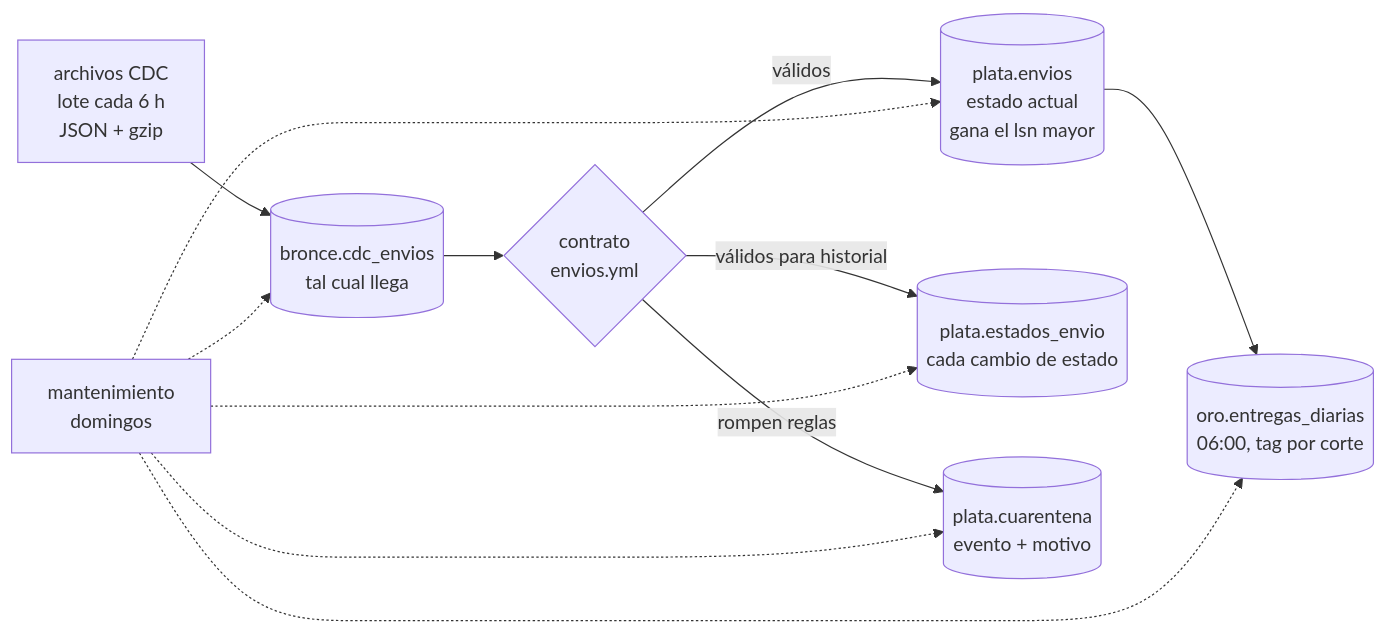
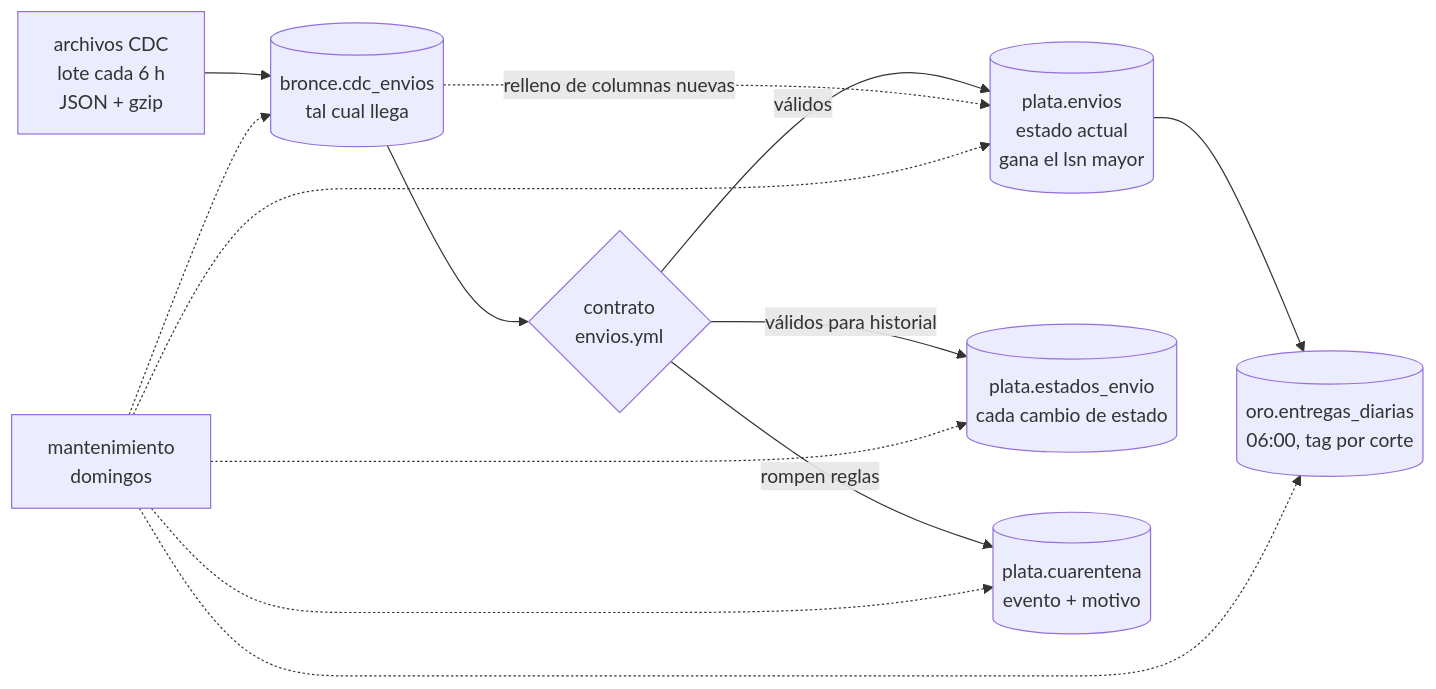
The second of 3 diagrams in proyectos/07-lakehouse-envios-iceberg/README.md (marcelo-sosa-data/data-ai-lab), drawn with Mermaid before and after one commit. The commit also changed other lines of this file and 49 other files, not shown here.

Commit message:
readmes: fuera las capturas, diagramas del proceso en mermaid y texto más directo

````diff
--- a/proyectos/07-lakehouse-envios-iceberg/README.md
+++ b/proyectos/07-lakehouse-envios-iceberg/README.md
@@ -22,10 +57,11 @@
 ```mermaid
 flowchart LR
     cdc[archivos CDC<br/>lote cada 6 h<br/>JSON + gzip] --> b[(bronce.cdc_envios<br/>tal cual llega)]
     b --> v{contrato<br/>envios.yml}
     v -- válidos --> p[(plata.envios<br/>estado actual<br/>gana el lsn mayor)]
     v -- válidos para historial --> h[(plata.estados_envio<br/>cada cambio de estado)]
     v -- rompen reglas --> q[(plata.cuarentena<br/>evento + motivo)]
+    b -. relleno de columnas nuevas .-> p
     p --> o[(oro.entregas_diarias<br/>06:00, tag por corte)]
     m[mantenimiento<br/>domingos] -.-> b & p & h & q & o
 ```
````
